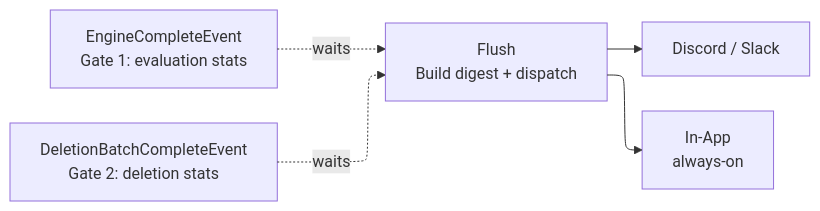
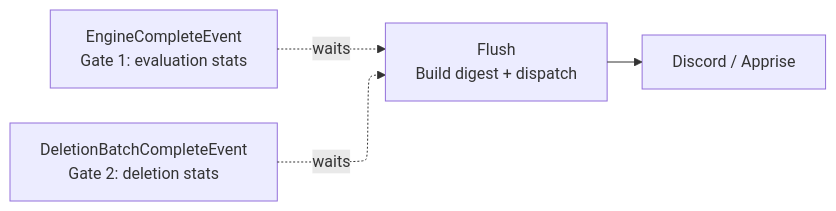
The third of 4 diagrams in docs/architecture.md (kiwi3007/capacitarr), drawn with Mermaid before and after one commit. The commit also changed other lines of this file and 10 other files, not shown here.

````diff
--- a/docs/architecture.md
+++ b/docs/architecture.md
@@ -189,14 +190,12 @@
 ```mermaid
 %%{init: {"flowchart": {"defaultRenderer": "elk"}} }%%
 flowchart LR
     ENGINE_COMPLETE["EngineCompleteEvent<br/>Gate 1: evaluation stats"]
     DELETION_BATCH["DeletionBatchCompleteEvent<br/>Gate 2: deletion stats"]
     FLUSH["Flush<br/>Build digest + dispatch"]
-    CHANNELS["Discord / Slack"]
-    INAPP["In-App<br/>always-on"]
+    CHANNELS["Discord / Apprise"]
 
     ENGINE_COMPLETE -.->|"waits"| FLUSH
     DELETION_BATCH -.->|"waits"| FLUSH
     FLUSH --> CHANNELS
-    FLUSH --> INAPP
 ```
````
